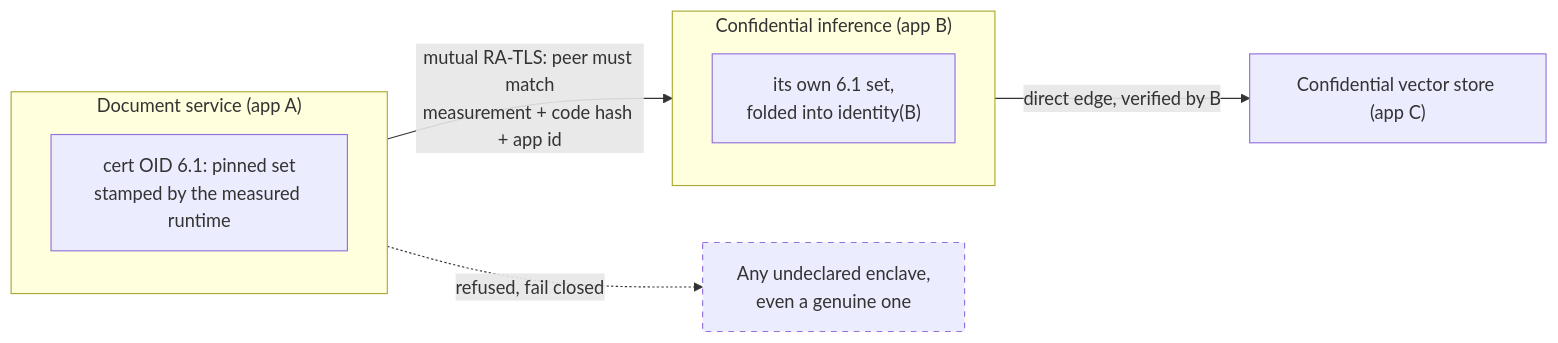
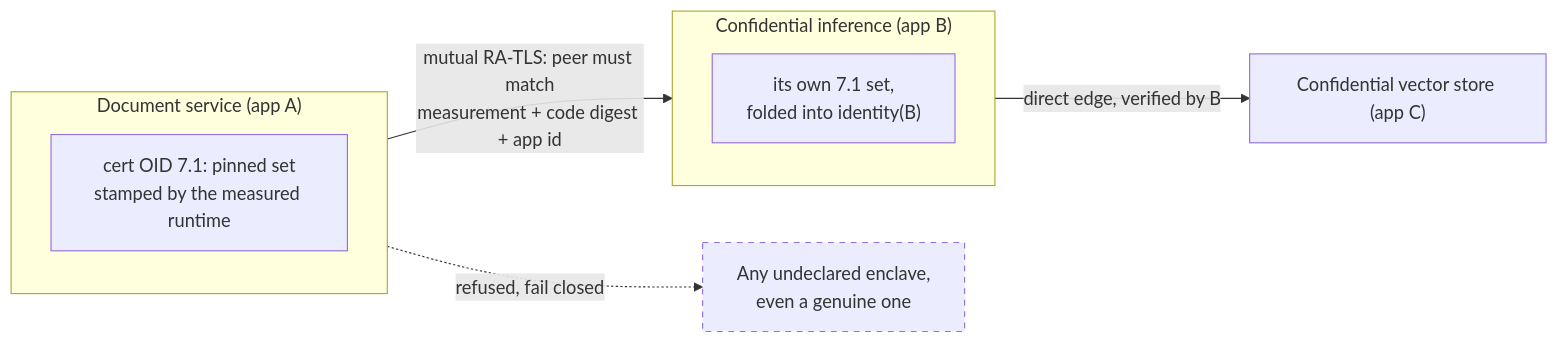
One commit to Privasys/websites changed the diagram in apps/fronts/docs.privasys.org/content/docs/solutions/enclave-os/attestation/dependencies.mdx. Above: the diagram before and after it, drawn with Mermaid. The commit also changed other lines of this file and 16 other files, not shown here.

Commit message:
docs(docs.privasys.org): RA-TLS v2 and OID scheme v2 for the Enclave OS pages

````diff
--- a/apps/fronts/docs.privasys.org/content/docs/solutions/enclave-os/attestation/dependencies.mdx
+++ b/apps/fronts/docs.privasys.org/content/docs/solutions/enclave-os/attestation/dependencies.mdx
@@ -46,17 +46,17 @@
 ```mermaid
 graph LR
   subgraph A["Document service (app A)"]
-    A61["cert OID 6.1: pinned set<br/>stamped by the measured runtime"]
+    A71["cert OID 7.1: pinned set<br/>stamped by the measured runtime"]
   end
   subgraph B["Confidential inference (app B)"]
-    B61["its own 6.1 set,<br/>folded into identity(B)"]
+    B71["its own 7.1 set,<br/>folded into identity(B)"]
   end
   C["Confidential vector store (app C)"]
   X["Any undeclared enclave,<br/>even a genuine one"]
 
-  A -->|"mutual RA-TLS: peer must match<br/>measurement + code hash + app id"| B
+  A -->|"mutual RA-TLS: peer must match<br/>measurement + code digest + app id"| B
   B -->|"direct edge, verified by B"| C
   A -.->|"refused, fail closed"| X
 
   style X stroke-dasharray: 5 5
 ```
````
